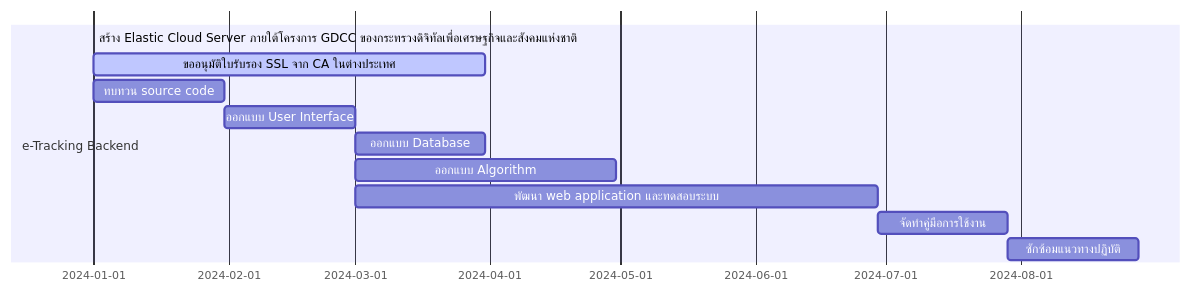
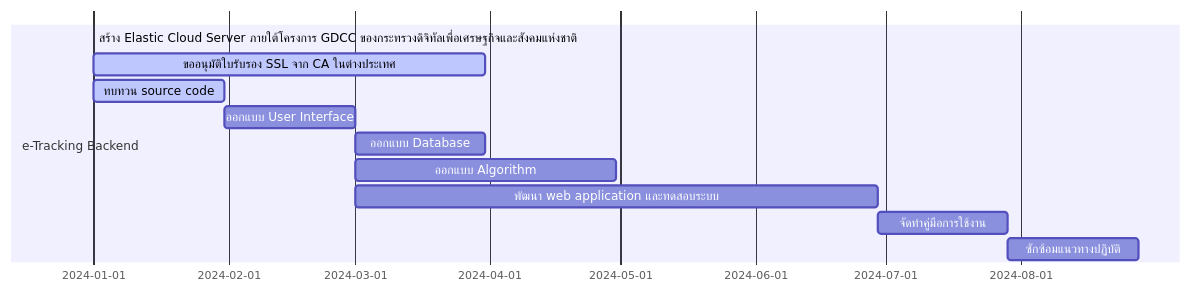
Before and after one commit to Kietpawpan/e-tracking: the diagram in README.md, drawn with Mermaid.

````diff
--- a/README.md
+++ b/README.md
@@ -6,15 +6,15 @@
 ```mermaid
 gantt
     section e-Tracking Backend
     สร้าง Elastic Cloud Server ภายใต้โครงการ GDCC ของกระทรวงดิจิทัลเพื่อเศรษฐกิจและสังคมแห่งชาติ :done,    des1, 2024-01-01,2024-01-30
     ขออนุมัติใบรับรอง SSL จาก CA ในต่างประเทศ        :active, des2, after des1, 90d
-    ทบทวน source code  :         des3, after des1, 30d
+    ทบทวน source code  :   active, des3, after des1, 30d
     ออกแบบ User Interface  :         des4, after des3, 30d
     ออกแบบ Database   :         des5, after des4, 30d
     ออกแบบ Algorithm   :         des6, after des4, 60d
     พัฒนา web application และทดสอบระบบ   :         des7, after des4, 120d
     จัดทำคู่มือการใช้งาน   :         des8, after des7, 30d
     ซักซ้อมแนวทางปฏิบัติ   :         des9, after des8, 30d
 
 
 ```
````
